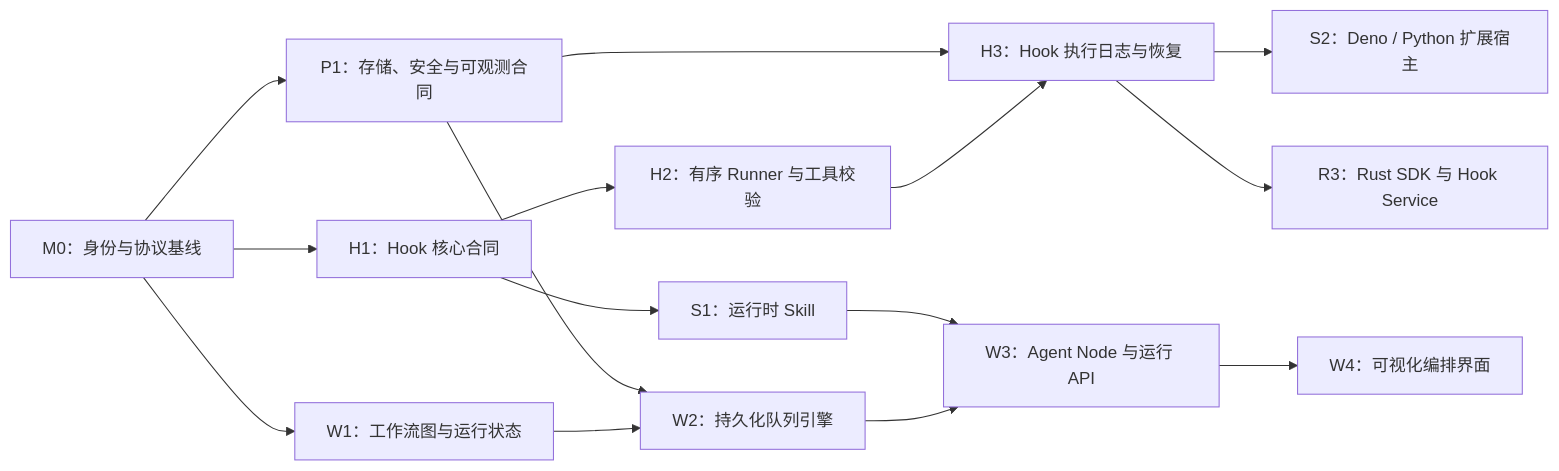
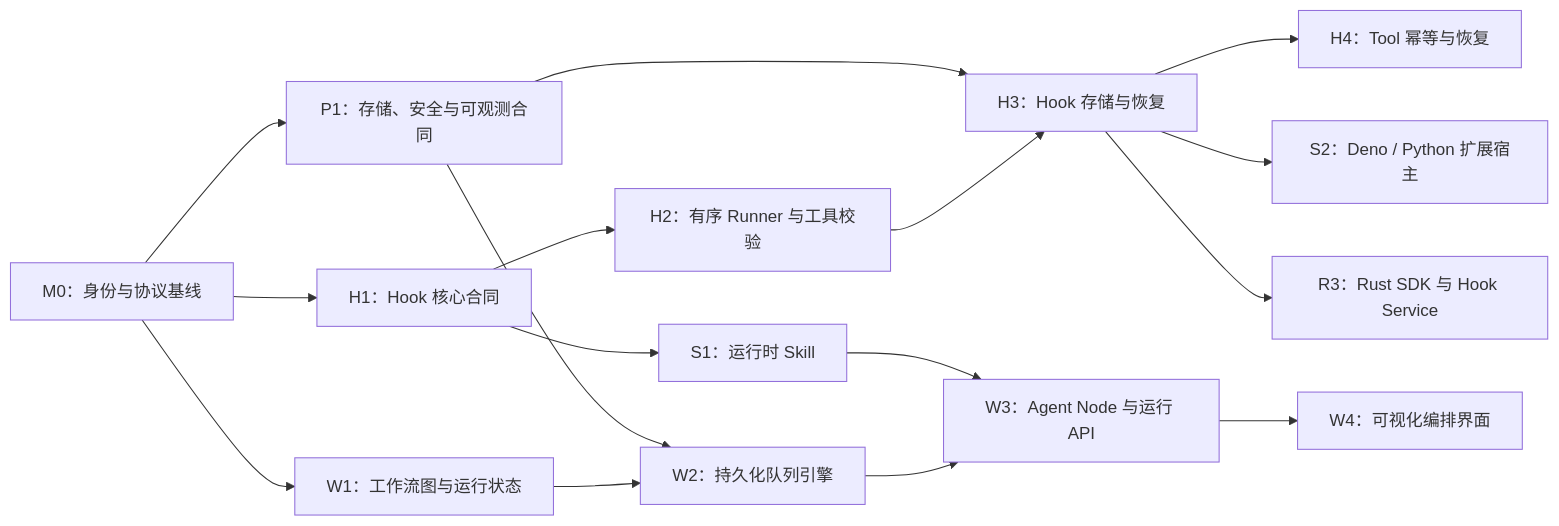
One commit to time-gift24/stratum changed the diagram in TODO.md. Above: the diagram before and after it, drawn with Mermaid. The commit also changed other lines of this file, not shown here.

Commit message:
docs: sequence hook storage before tool idempotency

````diff
--- a/TODO.md
+++ b/TODO.md
@@ -21,20 +21,21 @@
 ```mermaid
 flowchart LR
     M0["M0：身份与协议基线"] --> H1["H1：Hook 核心合同"]
     H1 --> H2["H2：有序 Runner 与工具校验"]
-    H2 --> H3["H3：Hook 执行日志与恢复"]
+    H2 --> H3["H3：Hook 存储与恢复"]
+    H3 --> H4["H4：Tool 幂等与恢复"]
     H3 --> S2["S2：Deno / Python 扩展宿主"]
     H3 --> R3["R3：Rust SDK 与 Hook Service"]
 
     M0 --> W1["W1：工作流图与运行状态"]
     W1 --> W2["W2：持久化队列引擎"]
     W2 --> W3["W3：Agent Node 与运行 API"]
     W3 --> W4["W4：可视化编排界面"]
 
     H1 --> S1["S1：运行时 Skill"]
     S1 --> W3
 
     M0 --> P1["P1：存储、安全与可观测合同"]
     P1 --> H3
     P1 --> W2
 ```
````
